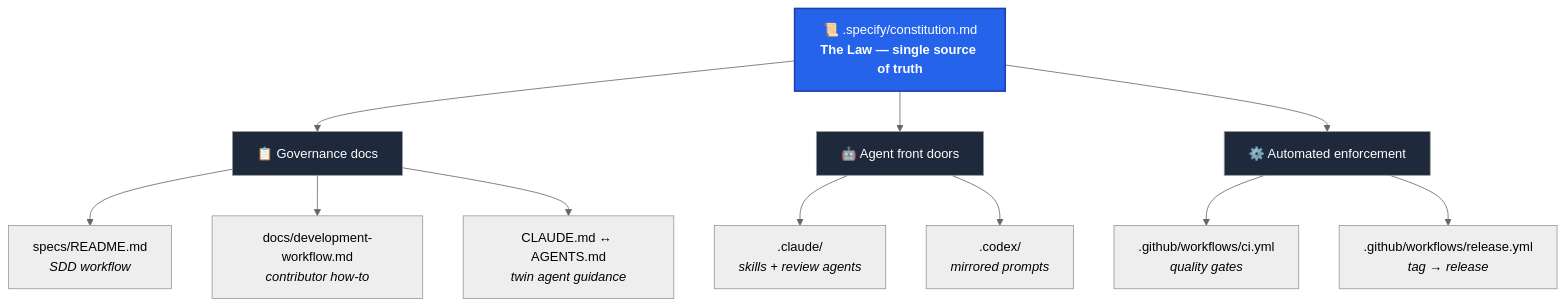
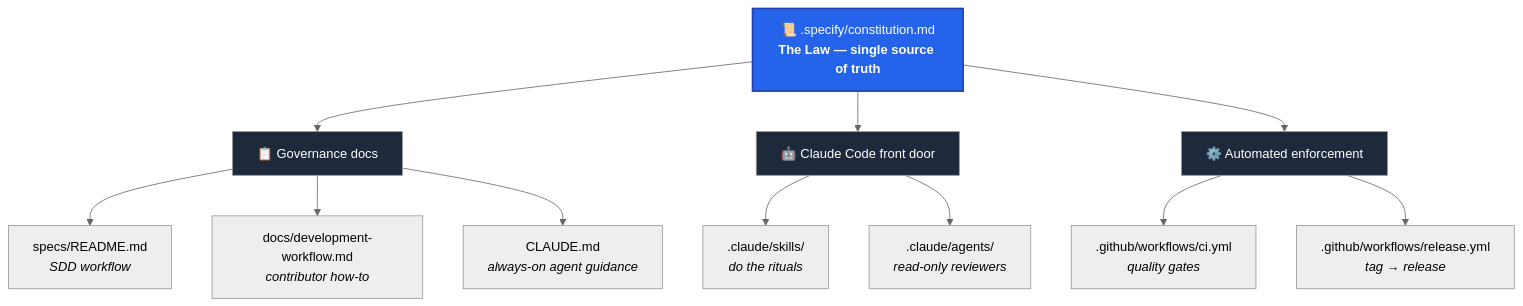
Before and after one commit to reginaldosilva27/agent-coding-template: the second of 6 diagrams in README.md, drawn with Mermaid (neutral theme). The commit also changed other lines of this file and 1 other file, not shown here.

````diff
--- a/README.md
+++ b/README.md
@@ -70,23 +106,23 @@
 ```mermaid
 flowchart TD
     C["📜 .specify/constitution.md<br/><b>The Law — single source of truth</b>"]
 
     C --> G["📋 Governance docs"]
-    C --> A["🤖 Agent front doors"]
+    C --> A["🤖 Claude Code front door"]
     C --> E["⚙️ Automated enforcement"]
 
     G --> G1["specs/README.md<br/><i>SDD workflow</i>"]
     G --> G2["docs/development-workflow.md<br/><i>contributor how-to</i>"]
-    G --> G3["CLAUDE.md ↔ AGENTS.md<br/><i>twin agent guidance</i>"]
+    G --> G3["CLAUDE.md<br/><i>always-on agent guidance</i>"]
 
-    A --> A1[".claude/<br/><i>skills + review agents</i>"]
-    A --> A2[".codex/<br/><i>mirrored prompts</i>"]
+    A --> A1[".claude/skills/<br/><i>do the rituals</i>"]
+    A --> A2[".claude/agents/<br/><i>read-only reviewers</i>"]
 
     E --> E1[".github/workflows/ci.yml<br/><i>quality gates</i>"]
     E --> E2[".github/workflows/release.yml<br/><i>tag → release</i>"]
 
     style C fill:#2563eb,color:#fff,stroke:#1e40af,stroke-width:2px
     style G fill:#1e293b,color:#fff
     style A fill:#1e293b,color:#fff
     style E fill:#1e293b,color:#fff
 ```
````
